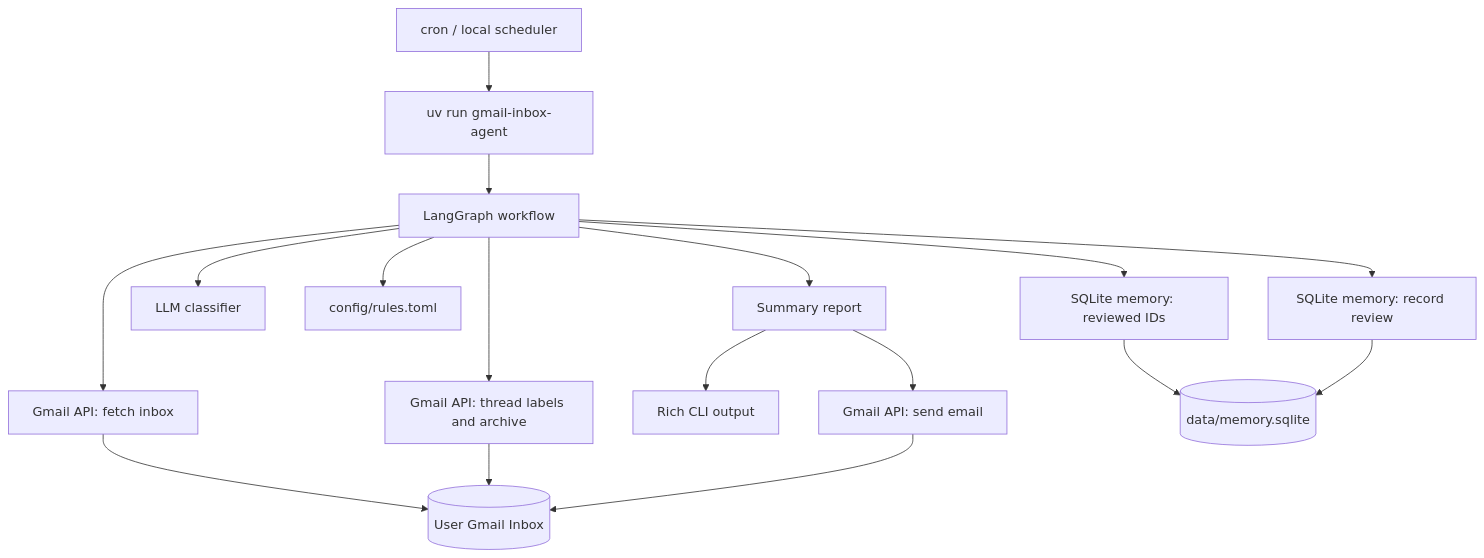
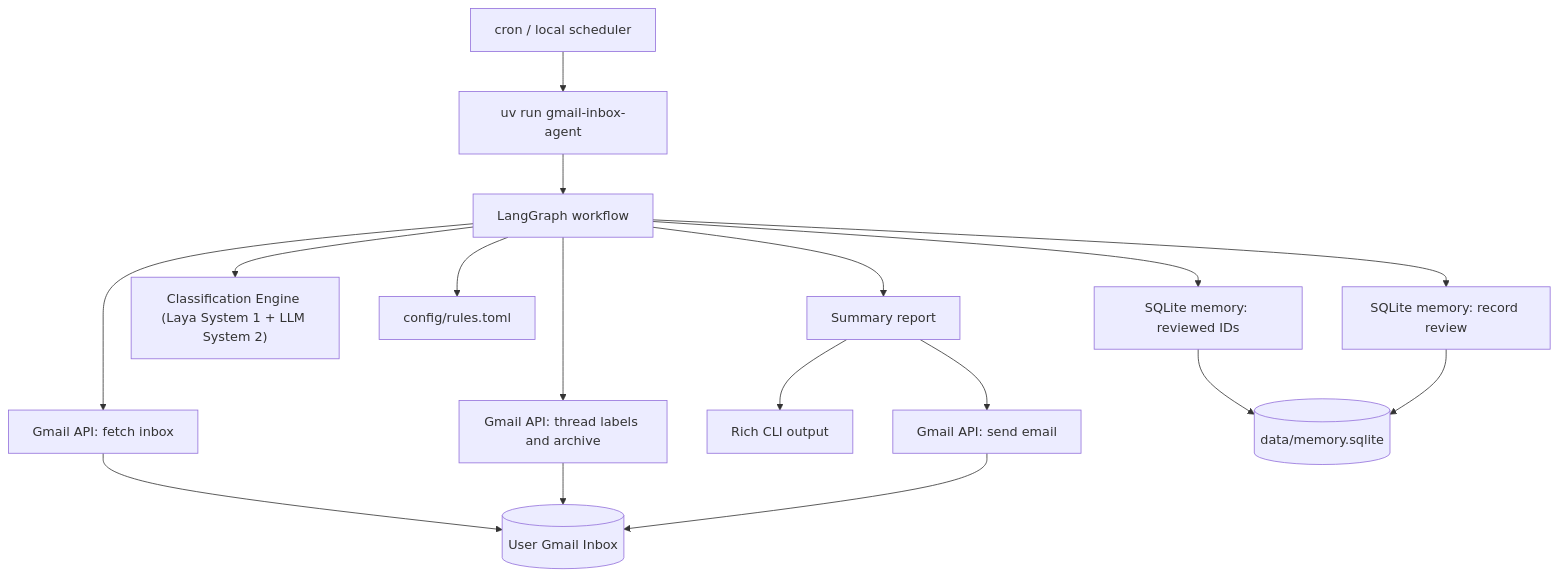
One commit to brandocomando/my_agentic_team changed the first of 7 diagrams in gmail-inbox-agent/docs/Architecture.md. Above: the diagram before and after it, drawn with Mermaid. The commit also changed other lines of this file and 11 other files, not shown here.

First line of the commit message:
feat(gmail-inbox-agent): Add Laya System 1 decision engine for sub-50ms triage (#35)

````diff
--- a/gmail-inbox-agent/docs/Architecture.md
+++ b/gmail-inbox-agent/docs/Architecture.md
@@ -9,20 +9,20 @@
 ```mermaid
 flowchart TD
     Cron["cron / local scheduler"] --> CLI["uv run gmail-inbox-agent"]
     CLI --> Graph["LangGraph workflow"]
     Graph --> GmailFetch["Gmail API: fetch inbox"]
     Graph --> MemoryRead["SQLite memory: reviewed IDs"]
-    Graph --> Classifier["LLM classifier"]
+    Graph --> Classifier["Classification Engine (Laya System 1 + LLM System 2)"]
     Graph --> Rules["config/rules.toml"]
     Graph --> GmailActions["Gmail API: thread labels and archive"]
     Graph --> MemoryWrite["SQLite memory: record review"]
     Graph --> Summary["Summary report"]
     Summary --> Console["Rich CLI output"]
     Summary --> GmailSend["Gmail API: send email"]
 
     GmailFetch --> Inbox[("User Gmail Inbox")]
     GmailActions --> Inbox
     GmailSend --> Inbox
     MemoryRead --> DB[("data/memory.sqlite")]
     MemoryWrite --> DB
 ```
````
